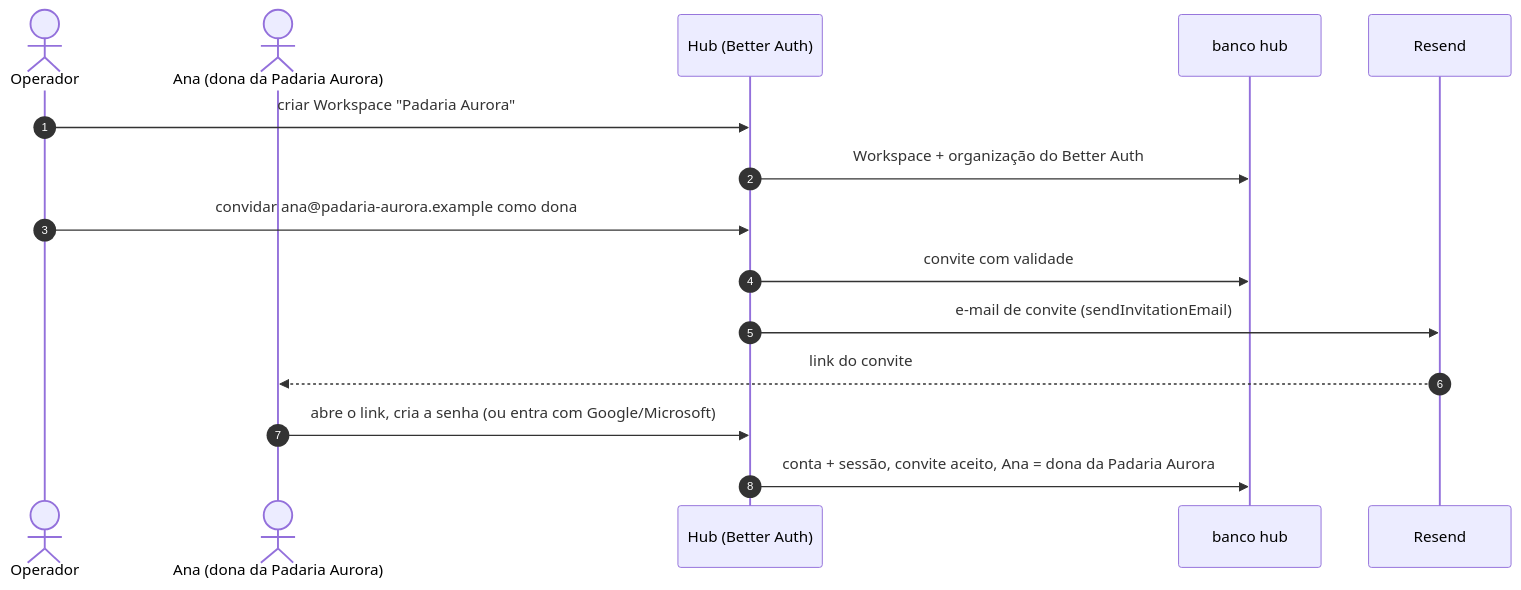
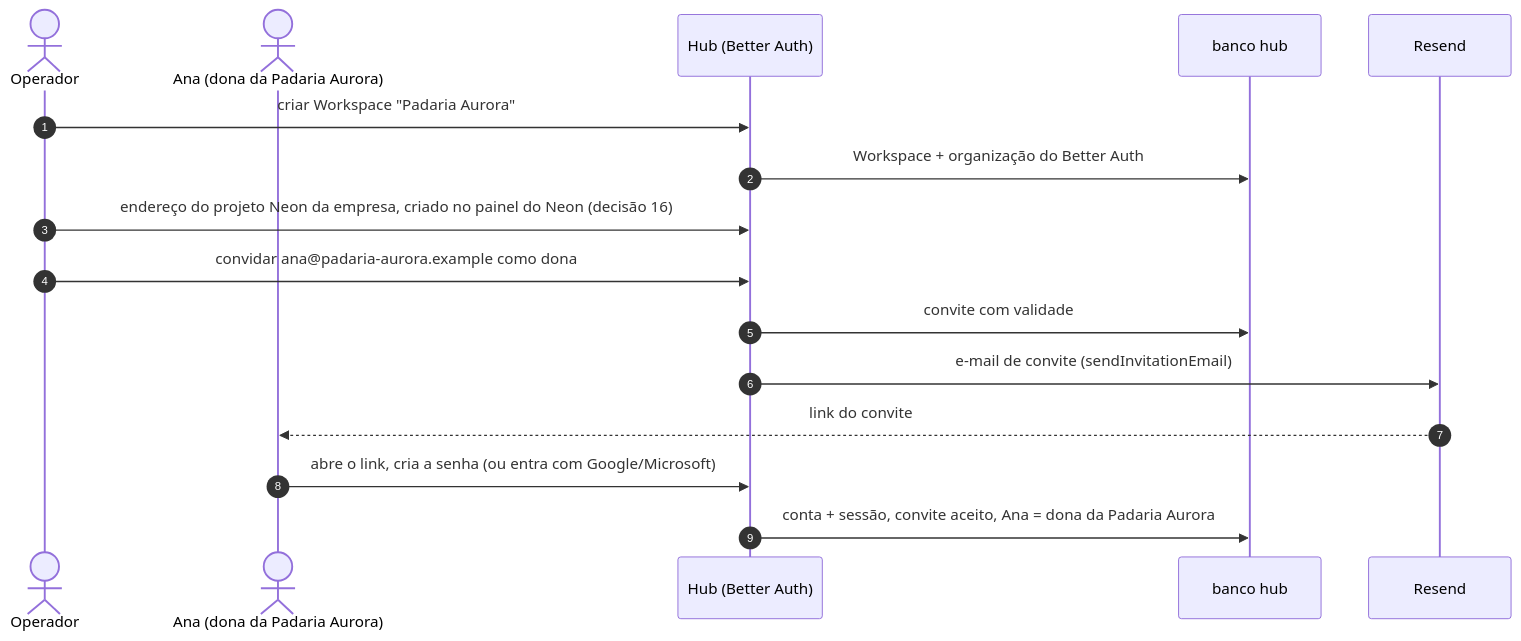
The third of 8 diagrams in docs/research/architecture/target-design.md (developmentconexus-ops/conexus-os), drawn with Mermaid before and after one commit. The commit also changed other lines of this file and 1 other file, not shown here.

````diff
--- a/docs/research/architecture/target-design.md
+++ b/docs/research/architecture/target-design.md
@@ -237,17 +259,18 @@
 ```mermaid
 sequenceDiagram
   autonumber
   actor Op as Operador
   actor Ana as Ana (dona da Padaria Aurora)
   participant Hub as Hub (Better Auth)
   participant DB as banco hub
   participant Mail as Resend
   Op->>Hub: criar Workspace "Padaria Aurora"
   Hub->>DB: Workspace + organização do Better Auth
+  Op->>Hub: endereço do projeto Neon da empresa, criado no painel do Neon (decisão 16)
   Op->>Hub: convidar ana@padaria-aurora.example como dona
   Hub->>DB: convite com validade
   Hub->>Mail: e-mail de convite (sendInvitationEmail)
   Mail-->>Ana: link do convite
   Ana->>Hub: abre o link, cria a senha (ou entra com Google/Microsoft)
   Hub->>DB: conta + sessão, convite aceito, Ana = dona da Padaria Aurora
 ```
````
